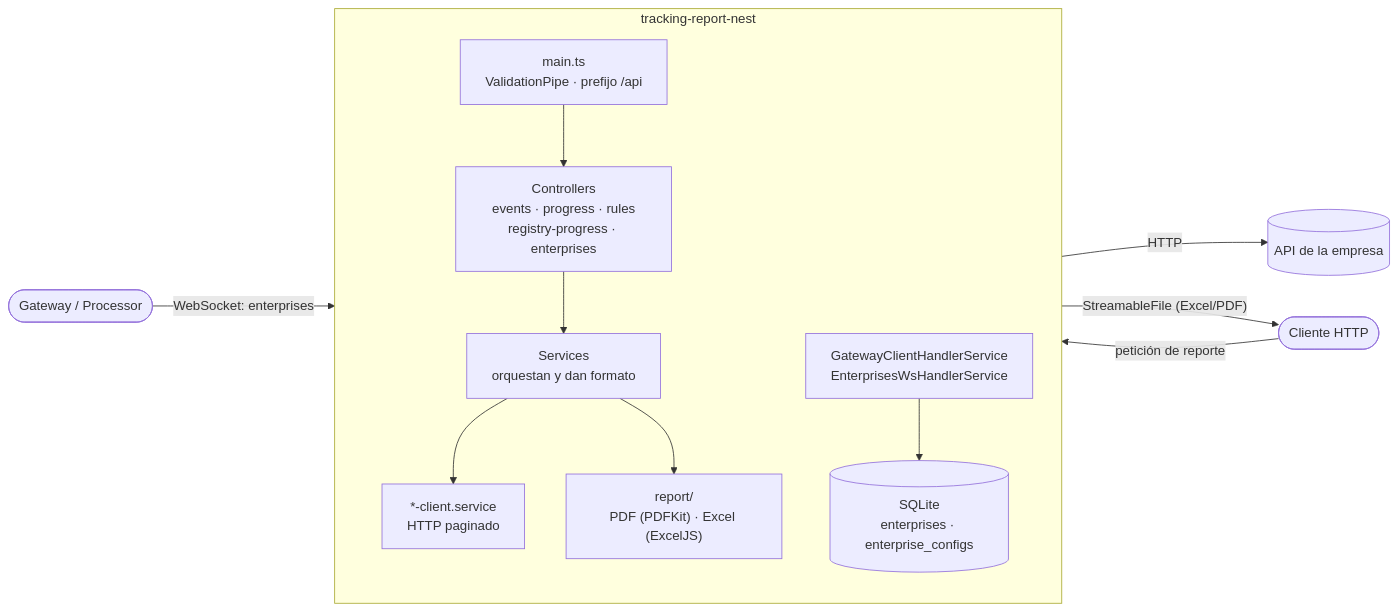
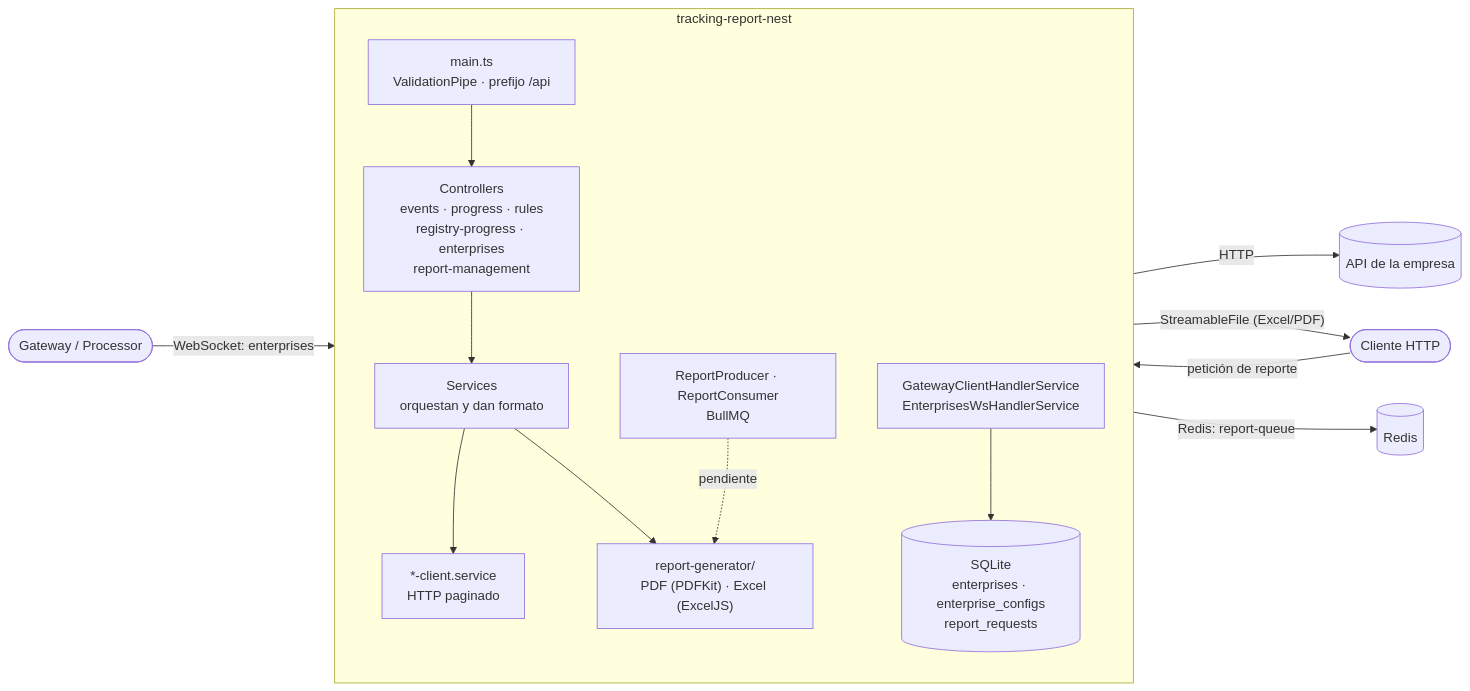
The diagram in README.md (Maur025/tracking-report-nest), drawn with Mermaid before and after one commit. The commit also changed other lines of this file and 15 other files, not shown here.

````diff
--- a/README.md
+++ b/README.md
@@ -16,27 +18,30 @@
 ```mermaid
 flowchart LR
     Client([Cliente HTTP])
     Processor([Gateway / Processor])
     CompanyAPI[(API de la empresa)]
 
     subgraph TR["tracking-report-nest"]
         direction TB
         Main["main.ts<br/>ValidationPipe · prefijo /api"]
-        Ctrl["Controllers<br/>events · progress · rules<br/>registry-progress · enterprises"]
+        Ctrl["Controllers<br/>events · progress · rules<br/>registry-progress · enterprises<br/>report-management"]
         Svc["Services<br/>orquestan y dan formato"]
         Clients["*-client.service<br/>HTTP paginado"]
-        Report["report/<br/>PDF (PDFKit) · Excel (ExcelJS)"]
+        Report["report-generator/<br/>PDF (PDFKit) · Excel (ExcelJS)"]
         Ws["GatewayClientHandlerService<br/>EnterprisesWsHandlerService"]
-        DB[("SQLite<br/>enterprises · enterprise_configs")]
+        DB[("SQLite<br/>enterprises · enterprise_configs<br/>report_requests")]
+        Queue["ReportProducer · ReportConsumer<br/>BullMQ"]
 
         Main --> Ctrl --> Svc
         Svc --> Clients
         Svc --> Report
         Ws --> DB
+        Queue -.->|"pendiente"| Report
     end
 
     Client -->|"petición de reporte"| Main
     Clients -->|"HTTP"| CompanyAPI
     Report -->|"StreamableFile (Excel/PDF)"| Client
     Processor -->|"WebSocket: enterprises"| Ws
+    Queue -->|"Redis: report-queue"| Redis[(Redis)]
 ```
````
